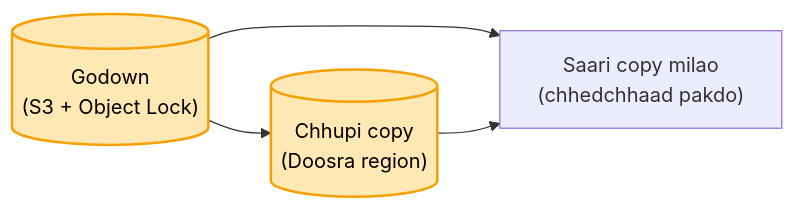
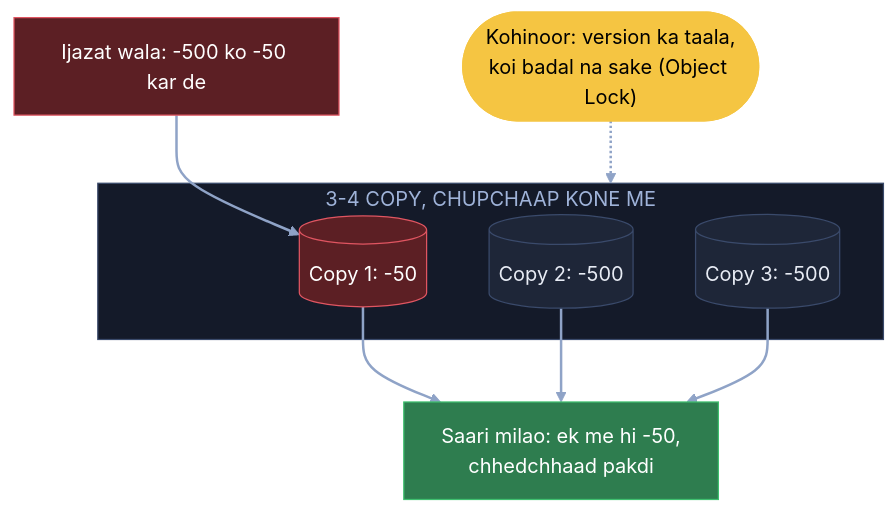
Diagram 13 of 20 in 04_HLD/SYSTEM_DESIGNS/13_banking_system/13_banking_system.md (ArpanMaheshwari144/Prep), drawn with Mermaid before and after one commit. The commit also changed other lines of this file, not shown here.

Commit message:
Banking: 20 diagram hand notes ke shabdon se (branch, register, diary, laptop, photocopy, chhotu)

````diff
--- a/04_HLD/SYSTEM_DESIGNS/13_banking_system/13_banking_system.md
+++ b/04_HLD/SYSTEM_DESIGNS/13_banking_system/13_banking_system.md
@@ -260,8 +414,22 @@
 ```mermaid
-flowchart LR
-    H[("Godown<br/>(S3 + Object Lock)")] --> X[("Chhupi copy<br/>(Doosra region)")]
-    H --> M["Saari copy milao<br/>(chhedchhaad pakdo)"]
-    X --> M
-    style H fill:#ffe8b3,stroke:#f59f00,stroke-width:2px,color:#000
-    style X fill:#ffe8b3,stroke:#f59f00,stroke-width:2px,color:#000
+flowchart TB
+    A["Ijazat wala: -500 ko -50 kar de"]:::bad
+    subgraph KC["3-4 COPY, CHUPCHAAP KONE ME"]
+        C1[("Copy 1: -50")]:::bad
+        C2[("Copy 2: -500")]:::card
+        C3[("Copy 3: -500")]:::card
+    end
+    M["Saari milao: ek me hi -50,<br/>chhedchhaad pakdi"]:::good
+    K(["Kohinoor: version ka taala,<br/>koi badal na sake (Object Lock)"]):::pill
+    A --> C1
+    C1 --> M
+    C2 --> M
+    C3 --> M
+    K -.-> KC
+    linkStyle default stroke:#8fa3c7,stroke-width:2px
+    classDef card fill:#1e2638,stroke:#3a4a6b,color:#e8ecf5
+    classDef pill fill:#f5c542,stroke:#f5c542,color:#000
+    classDef good fill:#2e7d4f,stroke:#3fbf6f,color:#fff
+    classDef bad fill:#5c1f24,stroke:#e05561,color:#fff
+    style KC fill:#141a29,stroke:#3a4a6b,color:#9fb3d9
 ```
````
